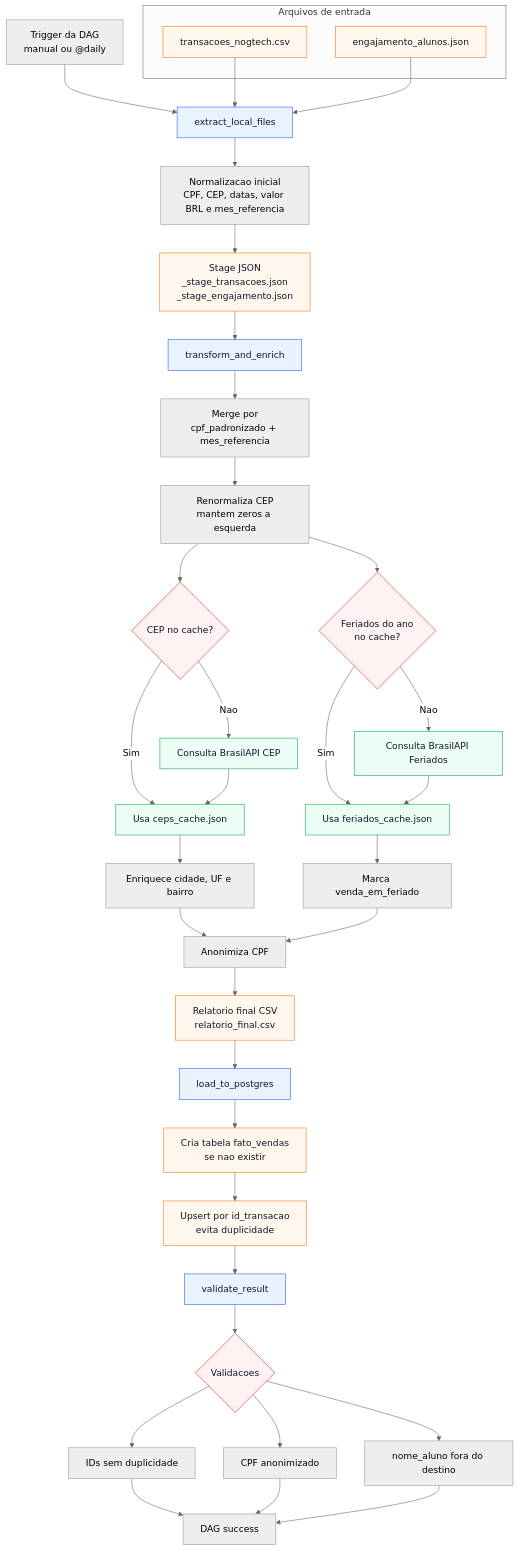
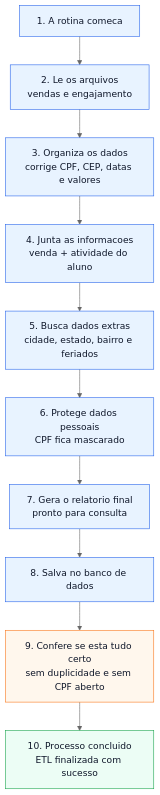
The diagram in etl_mermaid.md (marcoantonio567/nogtechchallenge), drawn with Mermaid (neutral theme) before and after one commit. The commit also changed other lines of this file, not shown here.

Commit message:
Update ETL flowchart: simplify and enhance clarity of the process steps

````diff
--- a/etl_mermaid.md
+++ b/etl_mermaid.md
@@ -3,59 +3,20 @@
 ```mermaid
 flowchart TD
-    A["Trigger da DAG<br/>manual ou @daily"] --> B["extract_local_files"]
-
-    subgraph Entrada["Arquivos de entrada"]
-        C["transacoes_nogtech.csv"]
-        D["engajamento_alunos.json"]
-    end
-
-    C --> B
-    D --> B
-
-    B --> E["Normalizacao inicial<br/>CPF, CEP, datas, valor BRL e mes_referencia"]
-    E --> F["Stage JSON<br/>_stage_transacoes.json<br/>_stage_engajamento.json"]
-
-    F --> G["transform_and_enrich"]
-    G --> H["Merge por<br/>cpf_padronizado + mes_referencia"]
-    H --> I["Renormaliza CEP<br/>mantem zeros a esquerda"]
-
-    I --> J{"CEP no cache?"}
-    J -- "Sim" --> K["Usa ceps_cache.json"]
-    J -- "Nao" --> L["Consulta BrasilAPI CEP"]
-    L --> K
-
-    I --> M{"Feriados do ano<br/>no cache?"}
-    M -- "Sim" --> N["Usa feriados_cache.json"]
-    M -- "Nao" --> O["Consulta BrasilAPI Feriados"]
-    O --> N
-
-    K --> P["Enriquece cidade, UF e bairro"]
-    N --> Q["Marca venda_em_feriado"]
-    P --> R["Anonimiza CPF"]
-    Q --> R
-    R --> S["Relatorio final CSV<br/>relatorio_final.csv"]
-
-    S --> T["load_to_postgres"]
-    T --> U["Cria tabela fato_vendas<br/>se nao existir"]
-    U --> V["Upsert por id_transacao<br/>evita duplicidade"]
-
-    V --> W["validate_result"]
-    W --> X{"Validacoes"}
-    X --> Y["IDs sem duplicidade"]
-    X --> Z["CPF anonimizado"]
-    X --> AA["nome_aluno fora do destino"]
-
-    Y --> AB["DAG success"]
-    Z --> AB
-    AA --> AB
+    A["1. A rotina comeca"] --> B["2. Le os arquivos<br/>vendas e engajamento"]
+    B --> C["3. Organiza os dados<br/>corrige CPF, CEP, datas e valores"]
+    C --> D["4. Junta as informacoes<br/>venda + atividade do aluno"]
+    D --> E["5. Busca dados extras<br/>cidade, estado, bairro e feriados"]
+    E --> F["6. Protege dados pessoais<br/>CPF fica mascarado"]
+    F --> G["7. Gera o relatorio final<br/>pronto para consulta"]
+    G --> H["8. Salva no banco de dados"]
+    H --> I["9. Confere se esta tudo certo<br/>sem duplicidade e sem CPF aberto"]
+    I --> J["10. Processo concluido<br/>ETL finalizada com sucesso"]
 
     classDef task fill:#e8f3ff,stroke:#2563eb,stroke-width:1px,color:#0f172a;
-    classDef data fill:#fff7ed,stroke:#f97316,stroke-width:1px,color:#0f172a;
-    classDef external fill:#ecfdf5,stroke:#16a34a,stroke-width:1px,color:#0f172a;
-    classDef check fill:#fef2f2,stroke:#dc2626,stroke-width:1px,color:#0f172a;
+    classDef important fill:#ecfdf5,stroke:#16a34a,stroke-width:1px,color:#0f172a;
+    classDef check fill:#fff7ed,stroke:#f97316,stroke-width:1px,color:#0f172a;
 
-    class B,G,T,W task;
-    class C,D,F,S,U,V data;
-    class L,O,K,N external;
-    class J,M,X check;
+    class A,B,C,D,E,F,G,H task;
+    class I check;
+    class J important;
 ```
````
